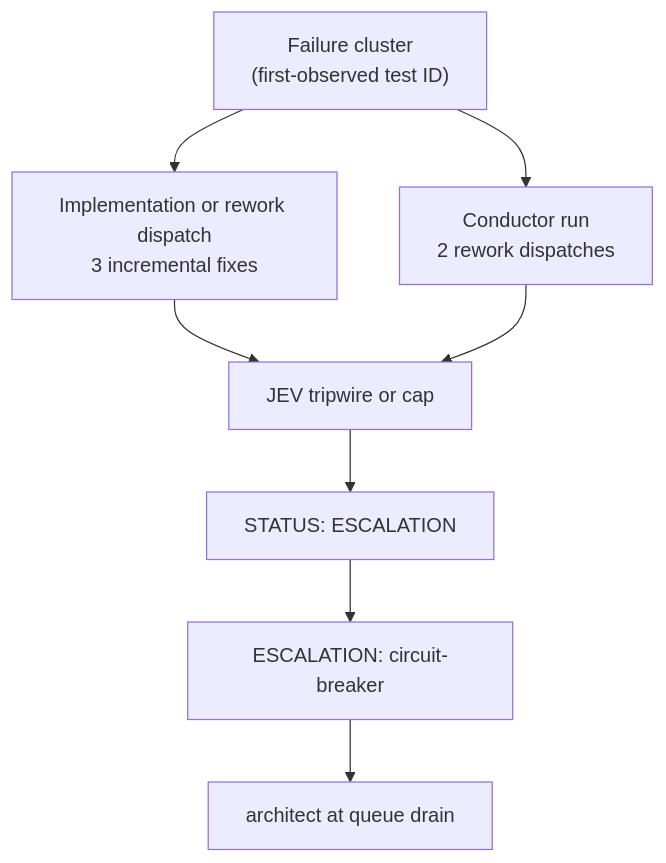
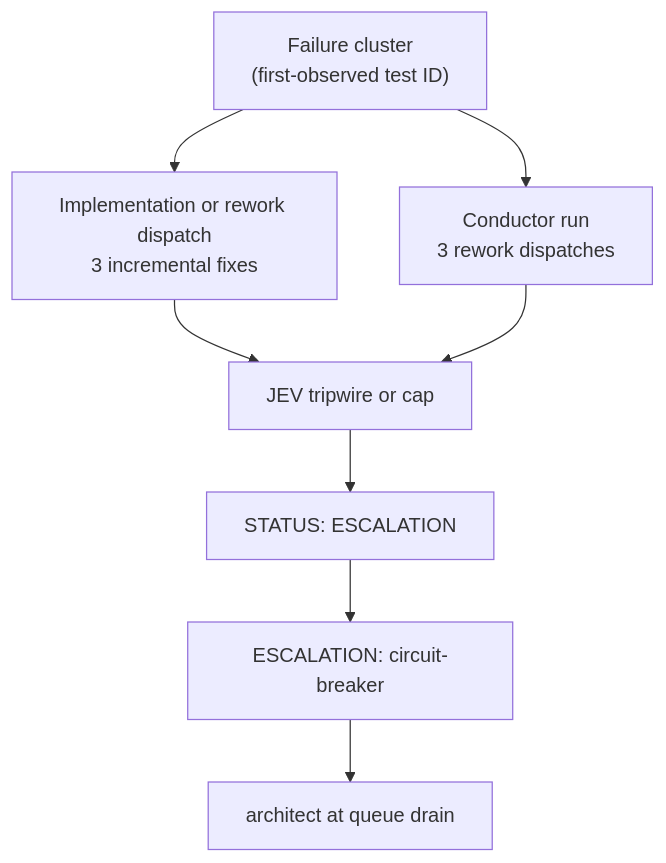
Before and after one commit to dpalfery/kyber-weave: the fifth of 7 diagrams in docs/kyber-squad/architecture.md, drawn with Mermaid. The commit also changed other lines of this file and 11 other files, not shown here.

Commit message:
fix(squad): the rework cap is 3 in the task gate, the conductor and the docs [claude]

````diff
--- a/docs/kyber-squad/architecture.md
+++ b/docs/kyber-squad/architecture.md
@@ -1554,18 +1554,18 @@
 ```mermaid
 flowchart TD
     Cluster["Failure cluster\n(first-observed test ID)"]
     Worker["Implementation or rework dispatch\n3 incremental fixes"]
-    Conductor["Conductor run\n2 rework dispatches"]
+    Conductor["Conductor run\n3 rework dispatches"]
     JEV["JEV tripwire or cap"]
     Escalation["STATUS: ESCALATION"]
     Finding["ESCALATION: circuit-breaker"]
     Architect["architect at queue drain"]
 
     Cluster --> Worker
     Cluster --> Conductor
     Worker --> JEV
     Conductor --> JEV
     JEV --> Escalation
     Escalation --> Finding
     Finding --> Architect
 ```
````
